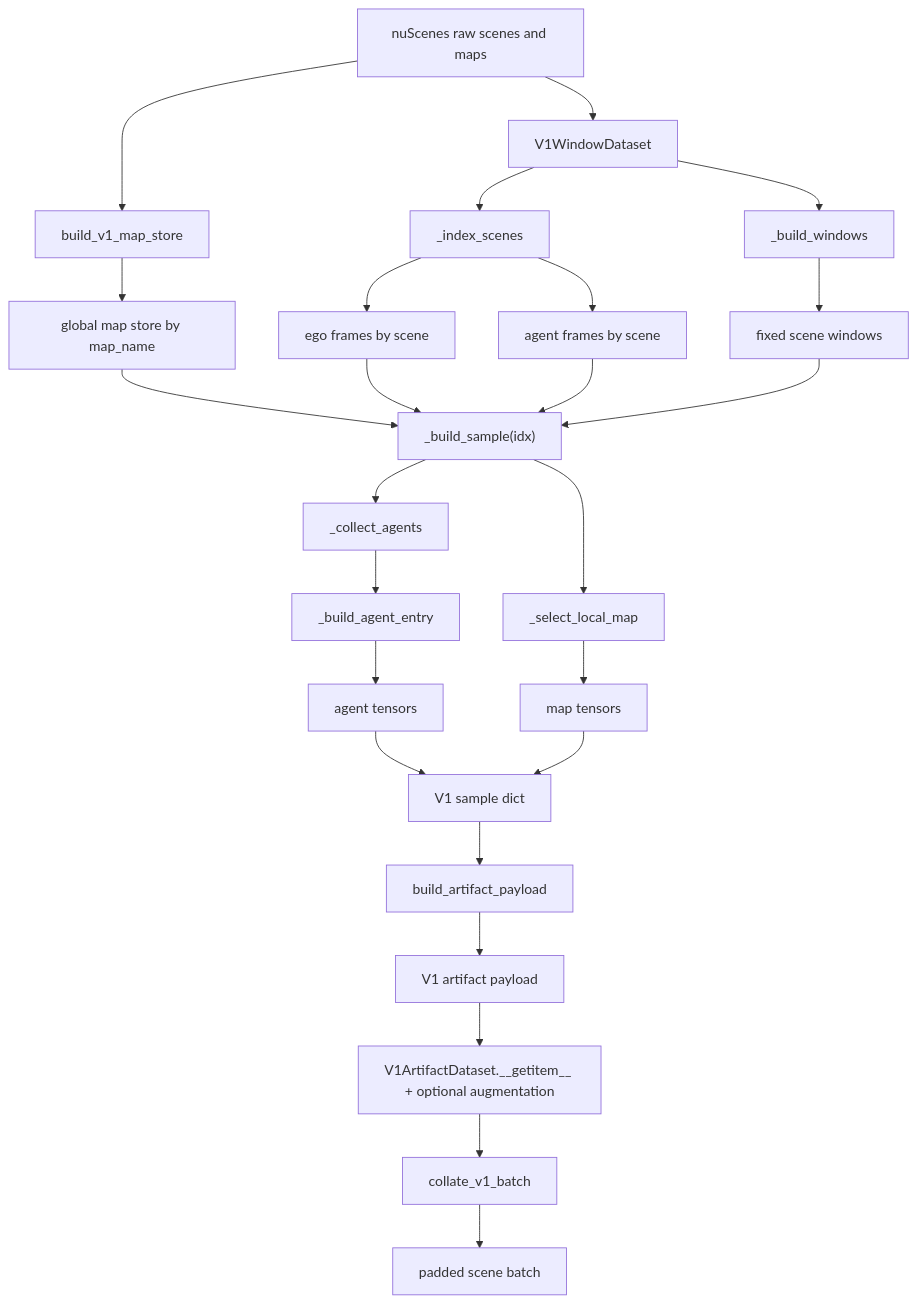
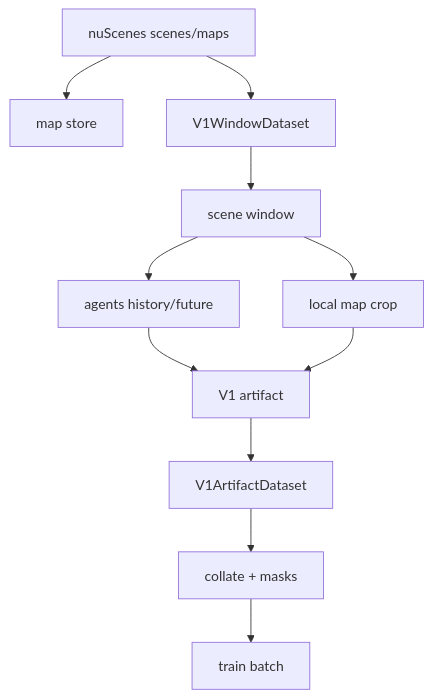
One commit to alibekula/motion_nuscenes changed the first of 2 diagrams in README.md. Above: the diagram before and after it, drawn with Mermaid. The commit also changed other lines of this file and 3 other files, not shown here.

````diff
--- a/README.md
+++ b/README.md
@@ -40,33 +51,13 @@
 ```mermaid
 flowchart TD
-    A["nuScenes raw scenes and maps"] --> B["build_v1_map_store"]
-    B --> C["global map store by map_name"]
-
-    A --> D["V1WindowDataset"]
-    D --> E["_index_scenes"]
-    E --> F["ego frames by scene"]
-    E --> G["agent frames by scene"]
-    D --> H["_build_windows"]
-    H --> I["fixed scene windows"]
-
-    C --> J["_build_sample(idx)"]
-    F --> J
-    G --> J
-    I --> J
-
-    J --> K["_collect_agents"]
-    K --> K2["_build_agent_entry"]
-    K2 --> L["agent tensors"]
-
-    J --> M["_select_local_map"]
-    M --> N["map tensors"]
-
-    L --> P["V1 sample dict"]
-    N --> P
-    P --> Q["build_artifact_payload"]
-    Q --> R["V1 artifact payload"]
-
-    R --> S["V1ArtifactDataset.__getitem__ + optional augmentation"]
-    S --> T["collate_v1_batch"]
-    T --> U["padded scene batch"]
+    A["nuScenes scenes/maps"] --> B["map store"]
+    A --> C["V1WindowDataset"]
+    C --> D["scene window"]
+    D --> E["agents history/future"]
+    D --> F["local map crop"]
+    E --> G["V1 artifact"]
+    F --> G
+    G --> H["V1ArtifactDataset"]
+    H --> I["collate + masks"]
+    I --> J["train batch"]
 ```
````
